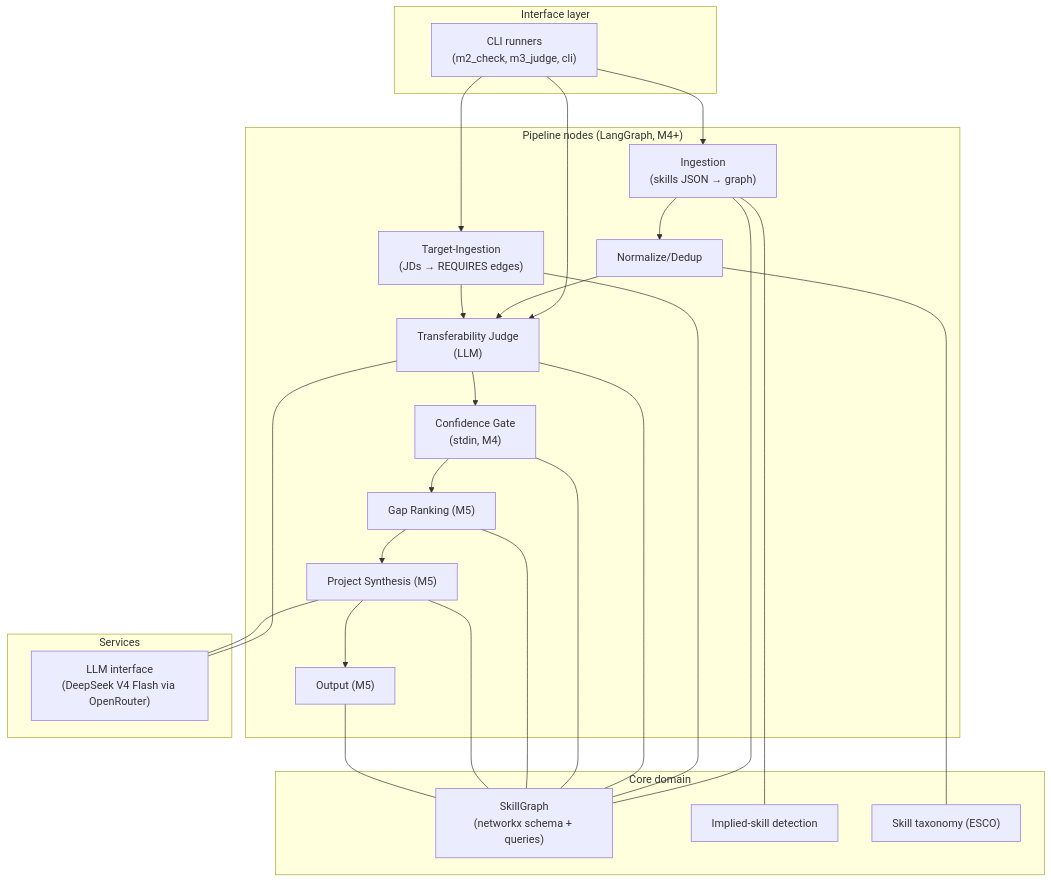
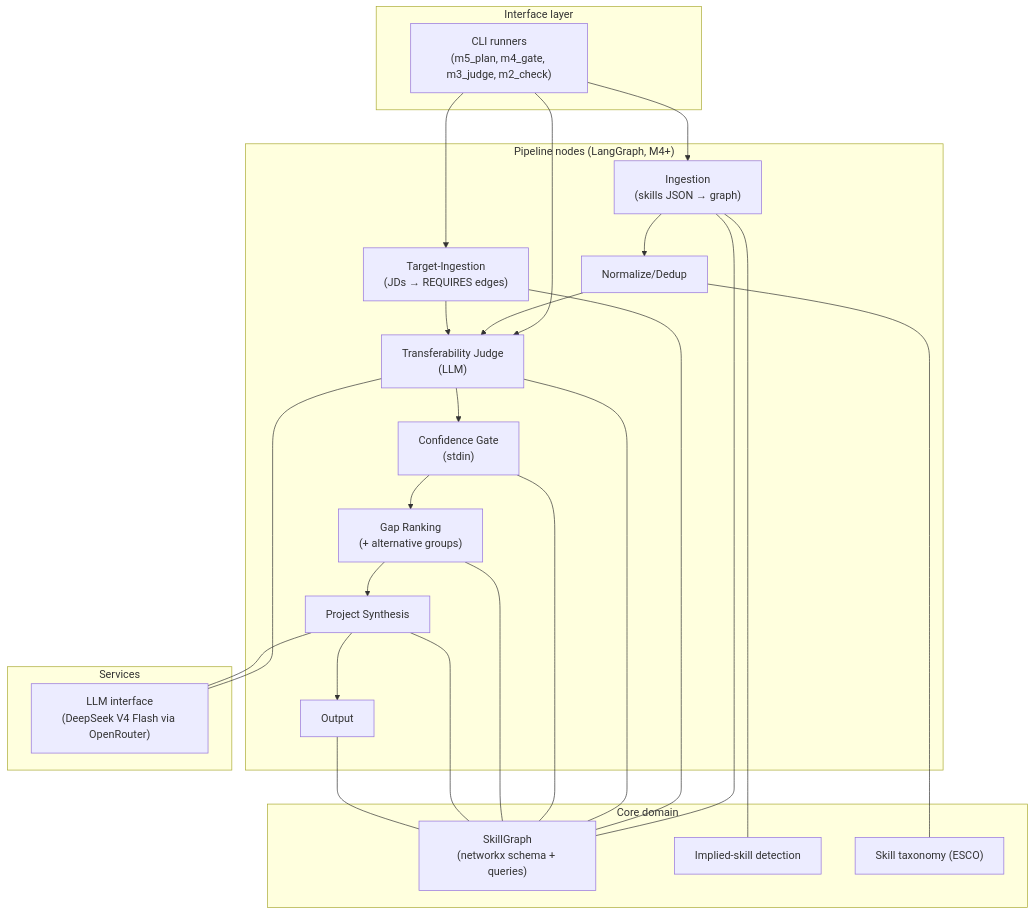
Before and after one commit to singhshubham95/skill-gap-agent: the diagram in specs/1-system-overview.md, drawn with Mermaid. The commit also changed other lines of this file and 17 other files, not shown here.

````diff
--- a/specs/1-system-overview.md
+++ b/specs/1-system-overview.md
@@ -19,33 +24,33 @@
 ```mermaid
 flowchart TB
     subgraph L1["Interface layer"]
-        CLI["CLI runners<br/>(m2_check, m3_judge, cli)"]
+        CLI["CLI runners<br/>(m5_plan, m4_gate, m3_judge, m2_check)"]
     end
     subgraph L2["Pipeline nodes (LangGraph, M4+)"]
         ING["Ingestion<br/>(skills JSON → graph)"]
         TING["Target-Ingestion<br/>(JDs → REQUIRES edges)"]
         NORM["Normalize/Dedup"]
         JUD["Transferability Judge<br/>(LLM)"]
-        GATE["Confidence Gate<br/>(stdin, M4)"]
-        RANK["Gap Ranking (M5)"]
-        SYNTH["Project Synthesis (M5)"]
-        OUT["Output (M5)"]
+        GATE["Confidence Gate<br/>(stdin)"]
+        RANK["Gap Ranking<br/>(+ alternative groups)"]
+        SYNTH["Project Synthesis"]
+        OUT["Output"]
     end
     subgraph L3["Core domain"]
         GRAPH["SkillGraph<br/>(networkx schema + queries)"]
         IMP["Implied-skill detection"]
         TAX["Skill taxonomy (ESCO)"]
     end
     subgraph L4["Services"]
         LLM["LLM interface<br/>(DeepSeek V4 Flash via OpenRouter)"]
     end
     CLI --> ING & TING & JUD
     ING --> NORM --> JUD
     TING --> JUD
     JUD --> GATE --> RANK --> SYNTH --> OUT
     ING --- IMP
     NORM --- TAX
     JUD --- LLM
     SYNTH --- LLM
     ING & TING & JUD & GATE & RANK & SYNTH & OUT --- GRAPH
 ```
````
